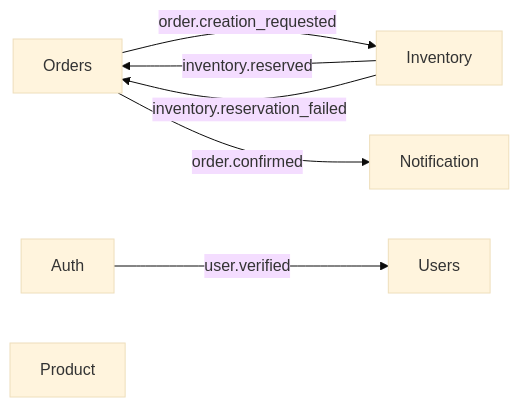
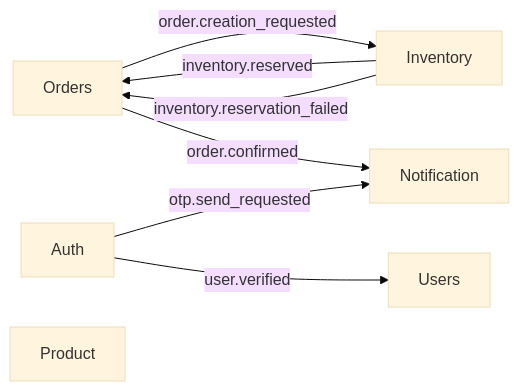
One commit to zYasuo/dl-orders changed the diagram in README.md. Above: the diagram before and after it, drawn with Mermaid (base theme). The commit also changed other lines of this file, not shown here.

First line of the commit message:
docs: update README.md to reflect new event-driven communication in notification and auth services

````diff
--- a/README.md
+++ b/README.md
@@ -28,9 +28,10 @@
 ```mermaid
 flowchart LR
     Orders -->|"order.creation_requested"| Inventory
     Inventory -->|"inventory.reserved"| Orders
     Inventory -->|"inventory.reservation_failed"| Orders
     Orders -->|"order.confirmed"| Notification
+    Auth -->|"otp.send_requested"| Notification
     Auth -->|"user.verified"| Users
     Product[Product]
 ```
````
